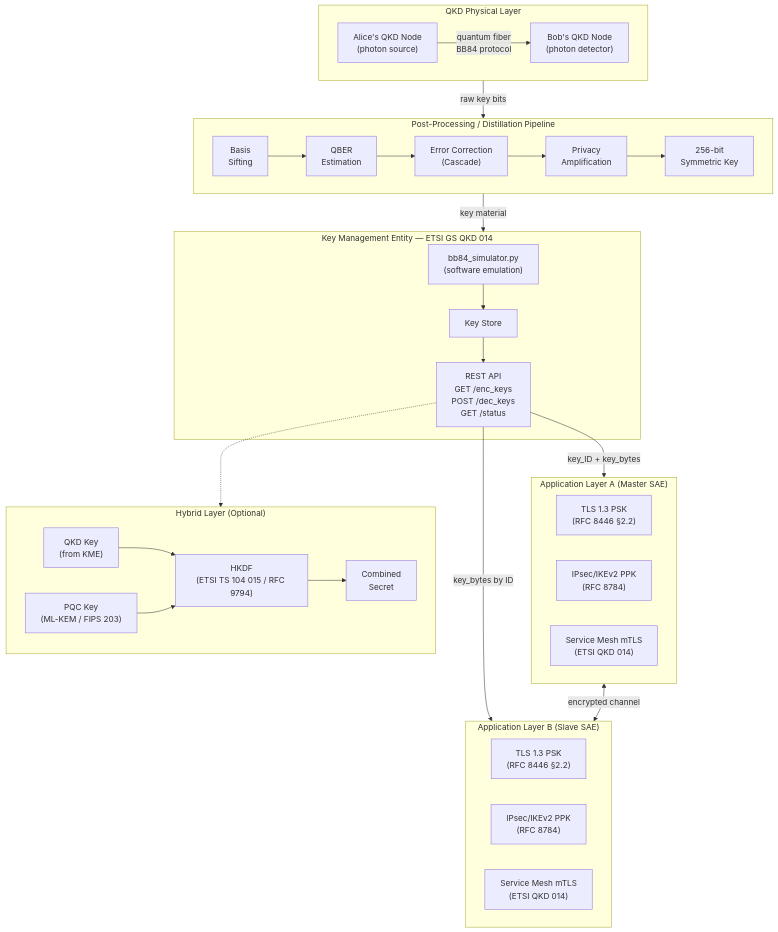
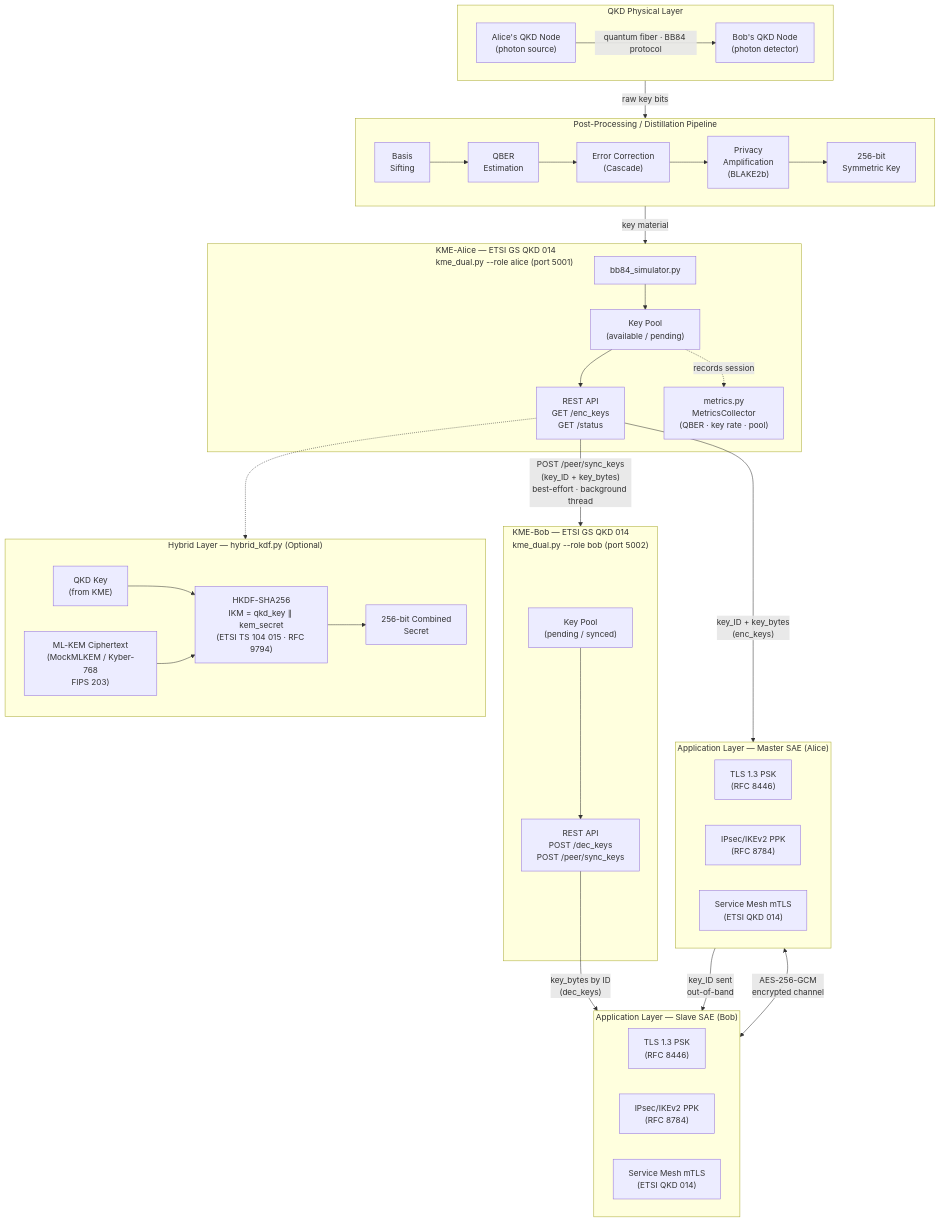
One commit to John-Jepsen/qkd-avantheir changed the first of 3 diagrams in DOCS/system-architecture-diagram.md. Above: the diagram before and after it, drawn with Mermaid. The commit also changed other lines of this file, not shown here.

First line of the commit message:
Update system architecture diagram with dual-KME, relay, and hybrid KDF

````diff
--- a/DOCS/system-architecture-diagram.md
+++ b/DOCS/system-architecture-diagram.md
@@ -5,51 +9,60 @@
 ```mermaid
 flowchart TD
     subgraph QKD_PHYS["QKD Physical Layer"]
         ALICE["Alice's QKD Node\n(photon source)"]
         BOB["Bob's QKD Node\n(photon detector)"]
-        ALICE -- "quantum fiber\nBB84 protocol" --> BOB
+        ALICE -- "quantum fiber · BB84 protocol" --> BOB
     end
 
     subgraph POSTPROC["Post-Processing / Distillation Pipeline"]
         direction LR
-        P1["Basis\nSifting"] --> P2["QBER\nEstimation"] --> P3["Error Correction\n(Cascade)"] --> P4["Privacy\nAmplification"] --> P5["256-bit\nSymmetric Key"]
+        P1["Basis\nSifting"] --> P2["QBER\nEstimation"] --> P3["Error Correction\n(Cascade)"] --> P4["Privacy\nAmplification\n(BLAKE2b)"] --> P5["256-bit\nSymmetric Key"]
     end
 
     QKD_PHYS -- "raw key bits" --> POSTPROC
 
-    subgraph KME["Key Management Entity — ETSI GS QKD 014"]
-        SIM["bb84_simulator.py\n(software emulation)"]
-        STORE["Key Store"]
-        API["REST API\nGET /enc_keys\nPOST /dec_keys\nGET /status"]
-        SIM --> STORE --> API
+    subgraph KME_A["KME-Alice — ETSI GS QKD 014\nkme_dual.py --role alice  (port 5001)"]
+        SIM_A["bb84_simulator.py"]
+        POOL_A["Key Pool\n(available / pending)"]
+        API_A["REST API\nGET /enc_keys\nGET /status"]
+        METRICS["metrics.py\nMetricsCollector\n(QBER · key rate · pool)"]
+        SIM_A --> POOL_A --> API_A
+        POOL_A -. "records session" .-> METRICS
     end
 
-    POSTPROC -- "key material" --> KME
+    subgraph KME_B["KME-Bob — ETSI GS QKD 014\nkme_dual.py --role bob  (port 5002)"]
+        POOL_B["Key Pool\n(pending / synced)"]
+        API_B["REST API\nPOST /dec_keys\nPOST /peer/sync_keys"]
+        POOL_B --> API_B
+    end
 
-    subgraph APP_A["Application Layer A (Master SAE)"]
-        TLS_A["TLS 1.3 PSK\n(RFC 8446 §2.2)"]
+    POSTPROC -- "key material" --> KME_A
+    API_A -- "POST /peer/sync_keys\n(key_ID + key_bytes)\nbest-effort · background thread" --> KME_B
+
+    subgraph APP_A["Application Layer — Master SAE (Alice)"]
+        TLS_A["TLS 1.3 PSK\n(RFC 8446)"]
         IPSEC_A["IPsec/IKEv2 PPK\n(RFC 8784)"]
         MESH_A["Service Mesh mTLS\n(ETSI QKD 014)"]
     end
 
-    subgraph APP_B["Application Layer B (Slave SAE)"]
-        TLS_B["TLS 1.3 PSK\n(RFC 8446 §2.2)"]
+    subgraph APP_B["Application Layer — Slave SAE (Bob)"]
+        TLS_B["TLS 1.3 PSK\n(RFC 8446)"]
         IPSEC_B["IPsec/IKEv2 PPK\n(RFC 8784)"]
         MESH_B["Service Mesh mTLS\n(ETSI QKD 014)"]
     end
 
-    API -- "key_ID + key_bytes" --> APP_A
-    API -- "key_bytes by ID" --> APP_B
+    API_A -- "key_ID + key_bytes\n(enc_keys)" --> APP_A
+    API_B -- "key_bytes by ID\n(dec_keys)" --> APP_B
+    APP_A -- "key_ID sent\nout-of-band" --> APP_B
+    APP_A <-- "AES-256-GCM\nencrypted channel" --> APP_B
 
-    APP_A <-- "encrypted channel" --> APP_B
-
-    subgraph HYBRID["Hybrid Layer (Optional)"]
+    subgraph HYBRID["Hybrid Layer — hybrid_kdf.py (Optional)"]
         QKD_K["QKD Key\n(from KME)"]
-        PQC_K["PQC Key\n(ML-KEM / FIPS 203)"]
-        HKDF["HKDF\n(ETSI TS 104 015 / RFC 9794)"]
-        COMBINED["Combined\nSecret"]
-        QKD_K & PQC_K --> HKDF --> COMBINED
+        PQC_K["ML-KEM Ciphertext\n(MockMLKEM / Kyber-768\nFIPS 203)"]
+        HKDF_BOX["HKDF-SHA256\nIKM = qkd_key ∥ kem_secret\n(ETSI TS 104 015 · RFC 9794)"]
+        COMBINED["256-bit Combined\nSecret"]
+        QKD_K & PQC_K --> HKDF_BOX --> COMBINED
     end
 
-    API -.-> HYBRID
+    API_A -.-> HYBRID
 ```
````
